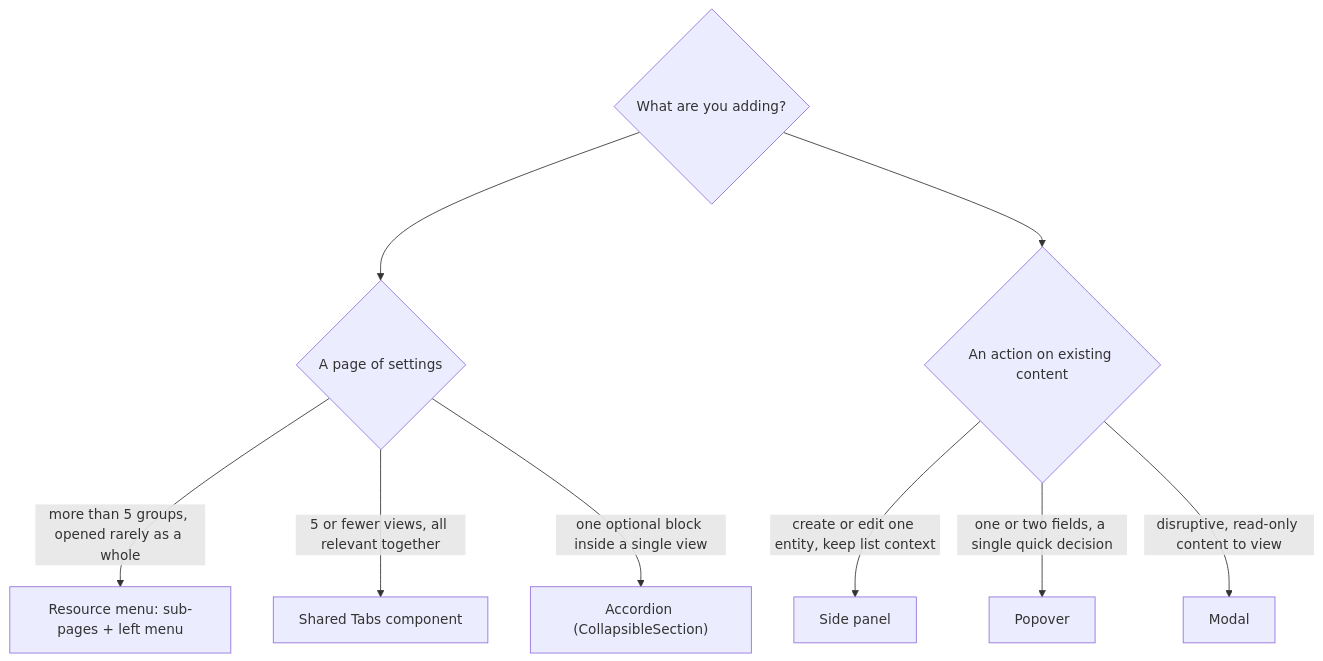
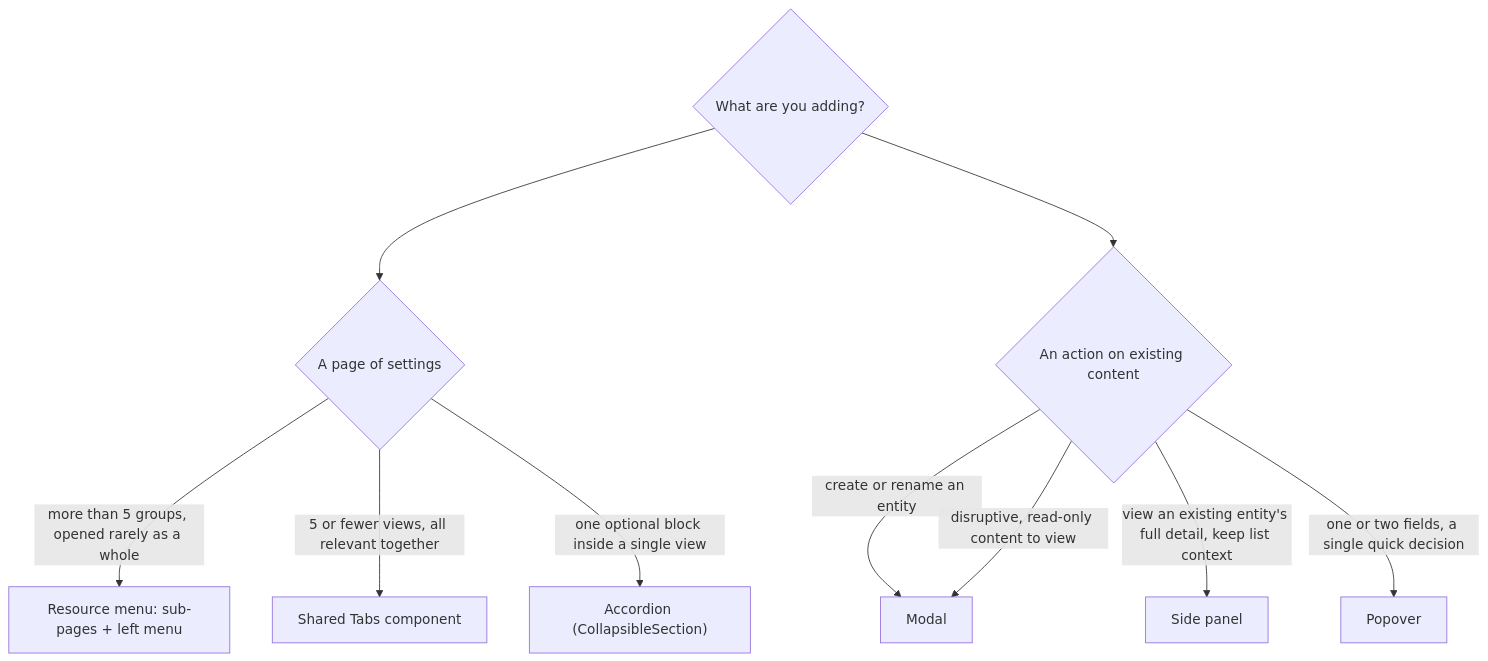
The first of 7 diagrams in docs/ux-style-guide.md (ballardr/reqtrackmanager), drawn with Mermaid before and after one commit. The commit also changed other lines of this file and 151 other files, not shown here.

````diff
--- a/docs/ux-style-guide.md
+++ b/docs/ux-style-guide.md
@@ -31,12 +33,13 @@
 ```mermaid
 flowchart TD
   Start{"What are you adding?"}
   Start --> A{"A page of settings"}
   Start --> B{"An action on existing content"}
   A -->|"more than 5 groups, opened rarely as a whole"| ResourceMenu["Resource menu: sub-pages + left menu"]
   A -->|"5 or fewer views, all relevant together"| Tabs["Shared Tabs component"]
   A -->|"one optional block inside a single view"| Accordion["Accordion (CollapsibleSection)"]
-  B -->|"create or edit one entity, keep list context"| Panel["Side panel"]
+  B -->|"create or rename an entity"| Modal["Modal"]
+  B -->|"view an existing entity's full detail, keep list context"| Panel["Side panel"]
   B -->|"one or two fields, a single quick decision"| Popover["Popover"]
-  B -->|"disruptive, read-only content to view"| Modal["Modal"]
+  B -->|"disruptive, read-only content to view"| Modal
 ```
````
